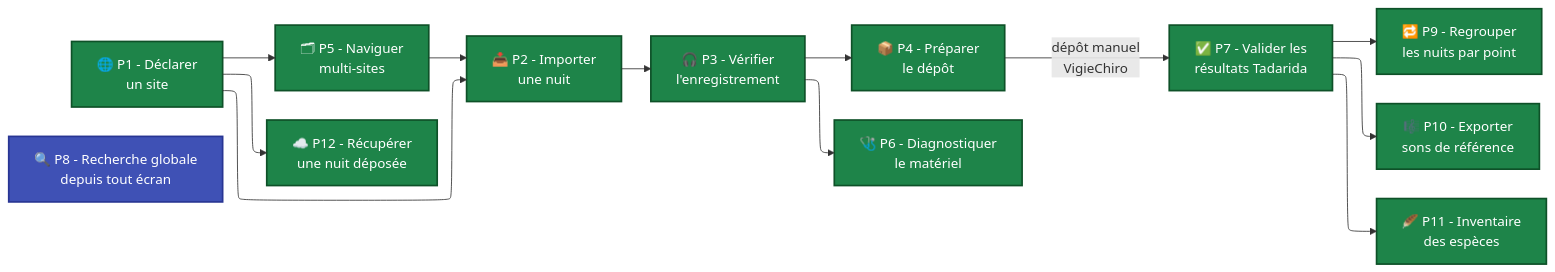
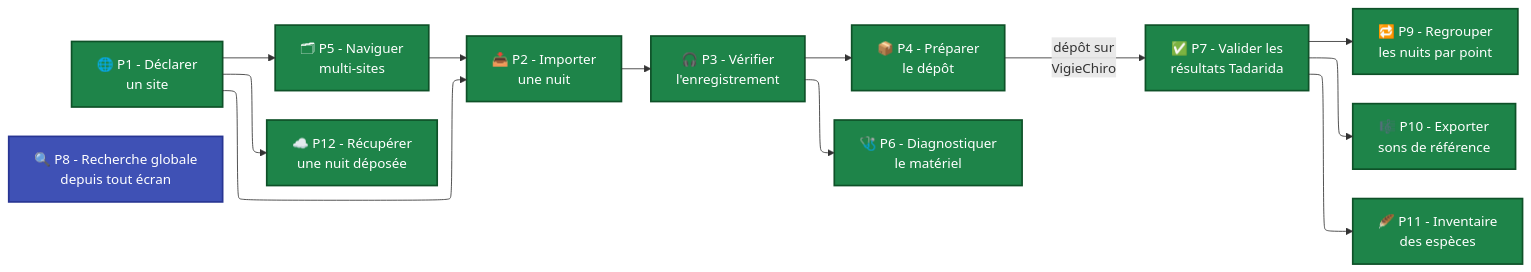
One commit to IUTInfoAix-S201/vigiechiro-pr-companion changed the diagram in brief/docs/Analyse et conception/Parcours utilisateurs/index.md. Above: the diagram before and after it, drawn with Mermaid. The commit also changed other lines of this file and 13 other files, not shown here.

First line of the commit message:
docs(depot): le dépôt n'est plus manuel, en prose et dans la maquette M-Lot (#2404)

````diff
--- a/brief/docs/Analyse et conception/Parcours utilisateurs/index.md
+++ b/brief/docs/Analyse et conception/Parcours utilisateurs/index.md
@@ -36,24 +36,24 @@
 ```mermaid
 %%{init: {"flowchart": {"defaultRenderer": "elk"}, "themeCSS": ".nodeLabel, .nodeLabel p, .nodeLabel span { color: #fff !important; fill: #fff !important; }"}}%%
 flowchart LR
     P1[🌐 P1 - Déclarer<br/>un site] --> P2[📥 P2 - Importer<br/>une nuit]
     P2 --> P3[🎧 P3 - Vérifier<br/>l'enregistrement]
     P3 --> P4[📦 P4 - Préparer<br/>le dépôt]
-    P4 -->|dépôt manuel<br/>VigieChiro| P7[✅ P7 - Valider les<br/>résultats Tadarida]
+    P4 -->|dépôt sur<br/>VigieChiro| P7[✅ P7 - Valider les<br/>résultats Tadarida]
 
     P1 --> P5[🗂 P5 - Naviguer<br/>multi-sites]
     P5 --> P2
     P3 --> P6[🩺 P6 - Diagnostiquer<br/>le matériel]
     P1 --> P12[☁️ P12 - Récupérer<br/>une nuit déposée]
 
     P7 --> P9[🔁 P9 - Regrouper<br/>les nuits par point]
     P7 --> P10[🎼 P10 - Exporter<br/>sons de référence]
     P7 --> P11[🪶 P11 - Inventaire<br/>des espèces]
 
     P8[🔍 P8 - Recherche globale<br/>depuis tout écran]
 
     classDef livre fill:#1e8449,stroke:#0e5128,color:#fff,stroke-width:2px
     classDef transverse fill:#3f51b5,stroke:#283593,color:#fff,stroke-width:2px
     class P1,P2,P3,P4,P5,P6,P7,P9,P10,P11,P12 livre
     class P8 transverse
 ```
````
